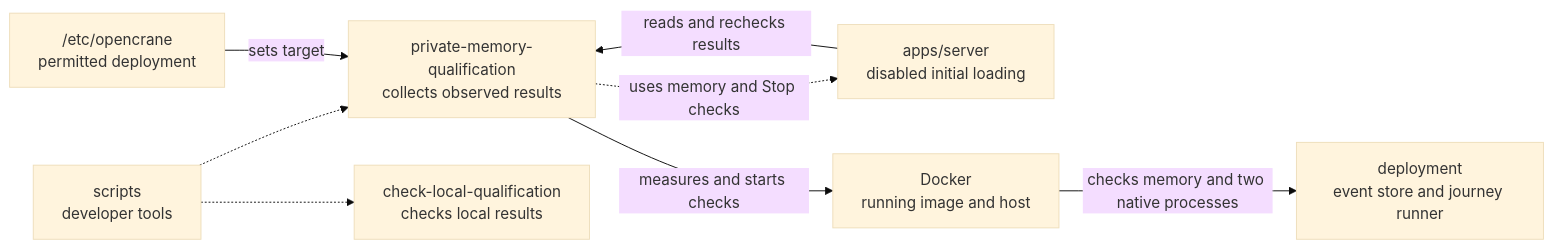
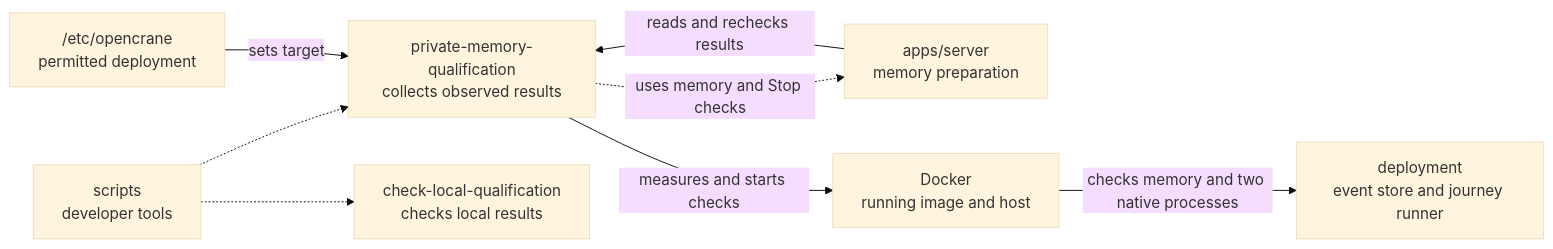
One commit to elewa-git/opencrane-new changed the diagram in scripts/private-memory-qualification/README.md. Above: the diagram before and after it, drawn with Mermaid (base theme). The commit also changed other lines of this file and 7 other files, not shown here.

````diff
--- a/scripts/private-memory-qualification/README.md
+++ b/scripts/private-memory-qualification/README.md
@@ -18,10 +18,10 @@
 ```mermaid
 flowchart LR
   scripts["scripts<br/>developer tools"] -.-> collector["private-memory-qualification<br/>collects observed results"]
   scripts -.-> sibling["check-local-qualification<br/>checks local results"]
-  server["apps/server<br/>disabled initial loading"] -->|reads and rechecks results| collector
+  server["apps/server<br/>memory preparation"] -->|reads and rechecks results| collector
   collector -.->|uses memory and Stop checks| server
   config["/etc/opencrane<br/>permitted deployment"] -->|sets target| collector
   collector -->|measures and starts checks| docker["Docker<br/>running image and host"]
   docker -->|checks memory and two native processes| deployment["deployment<br/>event store and journey runner"]
 ```
````
